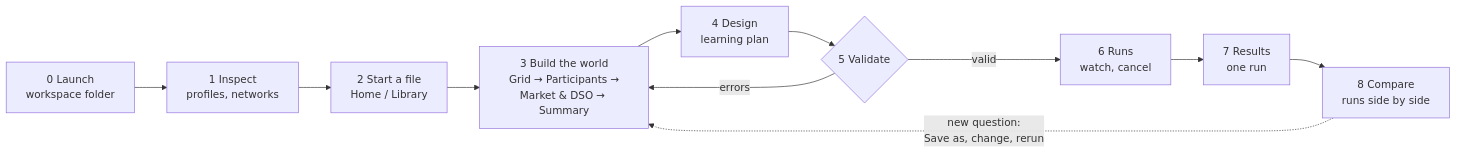
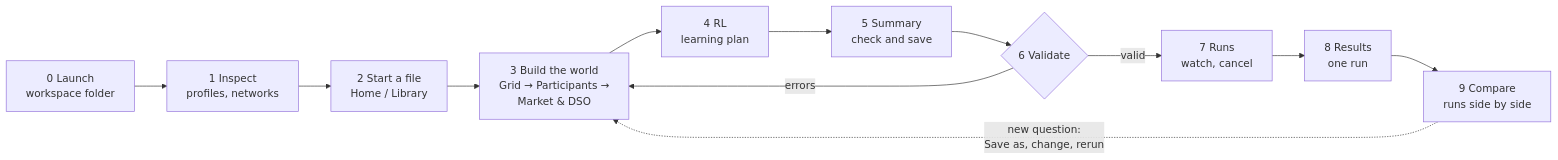
The diagram in docs_thesis/guide/studio-workflow.md (KevinRapo/P2P-thesis), drawn with Mermaid before and after one commit. The commit also changed other lines of this file and 4 other files, not shown here.

````diff
--- a/docs_thesis/guide/studio-workflow.md
+++ b/docs_thesis/guide/studio-workflow.md
@@ -42,13 +42,14 @@
 ```mermaid
 flowchart LR
   L["0 Launch<br/>workspace folder"] --> I["1 Inspect<br/>profiles, networks"]
   I --> S["2 Start a file<br/>Home / Library"]
-  S --> B["3 Build the world<br/>Grid → Participants →<br/>Market & DSO → Summary"]
-  B --> D["4 Design<br/>learning plan"]
-  D --> V{"5 Validate"}
+  S --> B["3 Build the world<br/>Grid → Participants →<br/>Market & DSO"]
+  B --> D["4 RL<br/>learning plan"]
+  D --> Sum["5 Summary<br/>check and save"]
+  Sum --> V{"6 Validate"}
   V -->|errors| B
-  V -->|valid| R["6 Runs<br/>watch, cancel"]
-  R --> Res["7 Results<br/>one run"]
-  Res --> C["8 Compare<br/>runs side by side"]
+  V -->|valid| R["7 Runs<br/>watch, cancel"]
+  R --> Res["8 Results<br/>one run"]
+  Res --> C["9 Compare<br/>runs side by side"]
   C -.->|"new question:<br/>Save as, change, rerun"| B
 ```
````
